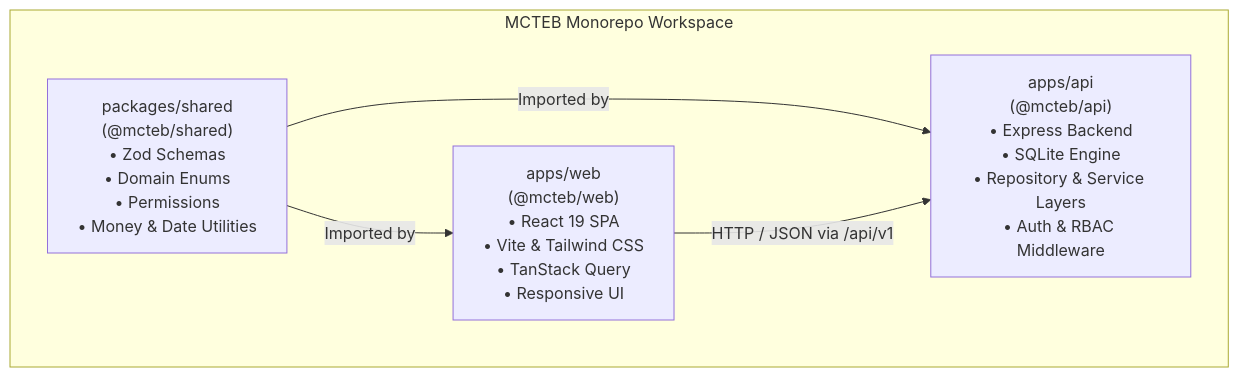
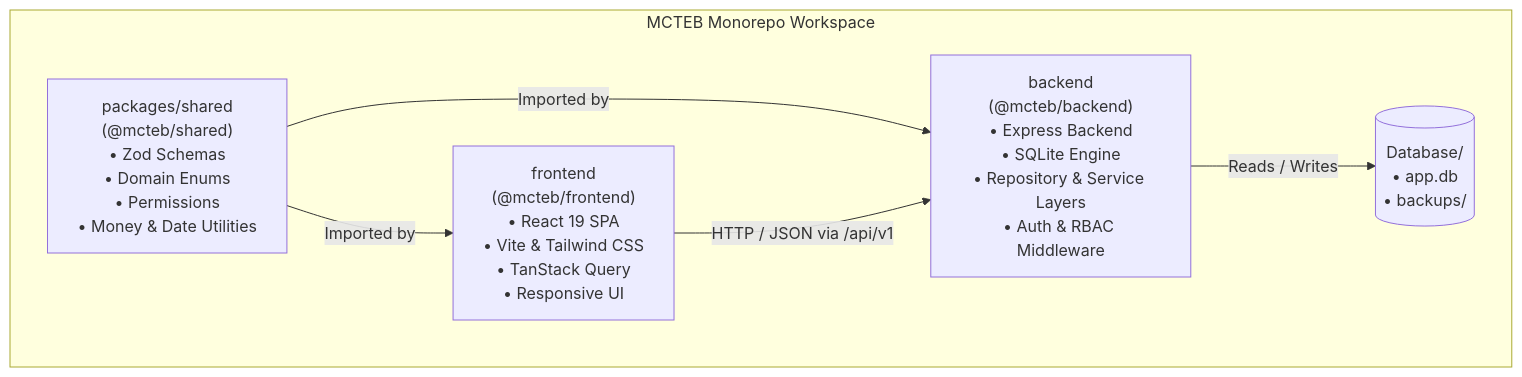
Before and after one commit to J3SS25/MCTED: the first of 2 diagrams in Development/Documentation/Architecture.md, drawn with Mermaid. The commit also changed other lines of this file and 28 other files, not shown here.

Commit message:
refactor: restructure project into monorepo with dedicated backend, frontend, and development directories

````diff
--- a/Development/Documentation/Architecture.md
+++ b/Development/Documentation/Architecture.md
@@ -26,12 +26,14 @@
 ```mermaid
 flowchart TD
     subgraph Monorepo ["MCTEB Monorepo Workspace"]
         Shared["packages/shared<br/>(@mcteb/shared)<br/>• Zod Schemas<br/>• Domain Enums<br/>• Permissions<br/>• Money & Date Utilities"]
-        API["apps/api<br/>(@mcteb/api)<br/>• Express Backend<br/>• SQLite Engine<br/>• Repository & Service Layers<br/>• Auth & RBAC Middleware"]
-        Web["apps/web<br/>(@mcteb/web)<br/>• React 19 SPA<br/>• Vite & Tailwind CSS<br/>• TanStack Query<br/>• Responsive UI"]
+        API["backend<br/>(@mcteb/backend)<br/>• Express Backend<br/>• SQLite Engine<br/>• Repository & Service Layers<br/>• Auth & RBAC Middleware"]
+        Web["frontend<br/>(@mcteb/frontend)<br/>• React 19 SPA<br/>• Vite & Tailwind CSS<br/>• TanStack Query<br/>• Responsive UI"]
+        DB[("Database/<br/>• app.db<br/>• backups/")]
     end
 
     Shared -->|Imported by| API
     Shared -->|Imported by| Web
     Web -->|HTTP / JSON via /api/v1| API
+    API -->|Reads / Writes| DB
 ```
````
